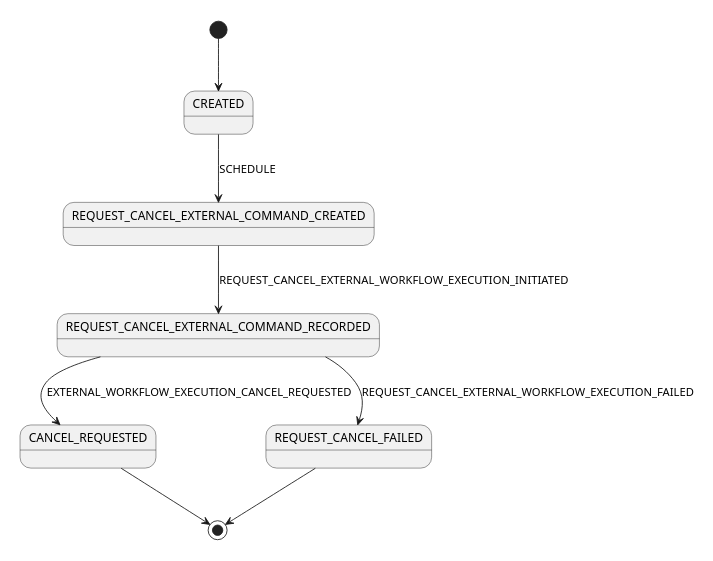
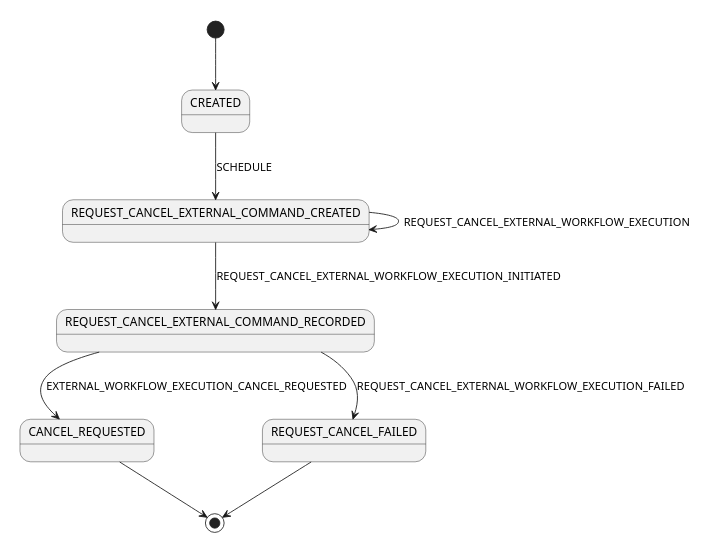
The diagram in src/main/java/io/temporal/internal/csm/CancelExternalCommands.puml (mfateev/temporal-java-sdk), drawn with PlantUML before and after one commit. The commit also changed 35 other files, not shown here.

```diff
--- a/src/main/java/io/temporal/internal/csm/CancelExternalCommands.puml
+++ b/src/main/java/io/temporal/internal/csm/CancelExternalCommands.puml
@@ -21,10 +21,11 @@
 @startuml
 scale 350 width
 [*] --> CREATED
 CREATED --> REQUEST_CANCEL_EXTERNAL_COMMAND_CREATED: SCHEDULE
+REQUEST_CANCEL_EXTERNAL_COMMAND_CREATED --> REQUEST_CANCEL_EXTERNAL_COMMAND_CREATED: REQUEST_CANCEL_EXTERNAL_WORKFLOW_EXECUTION
 REQUEST_CANCEL_EXTERNAL_COMMAND_CREATED --> REQUEST_CANCEL_EXTERNAL_COMMAND_RECORDED: REQUEST_CANCEL_EXTERNAL_WORKFLOW_EXECUTION_INITIATED
 REQUEST_CANCEL_EXTERNAL_COMMAND_RECORDED --> CANCEL_REQUESTED: EXTERNAL_WORKFLOW_EXECUTION_CANCEL_REQUESTED
 REQUEST_CANCEL_EXTERNAL_COMMAND_RECORDED --> REQUEST_CANCEL_FAILED: REQUEST_CANCEL_EXTERNAL_WORKFLOW_EXECUTION_FAILED
 CANCEL_REQUESTED --> [*]
 REQUEST_CANCEL_FAILED --> [*]
 @enduml
```
